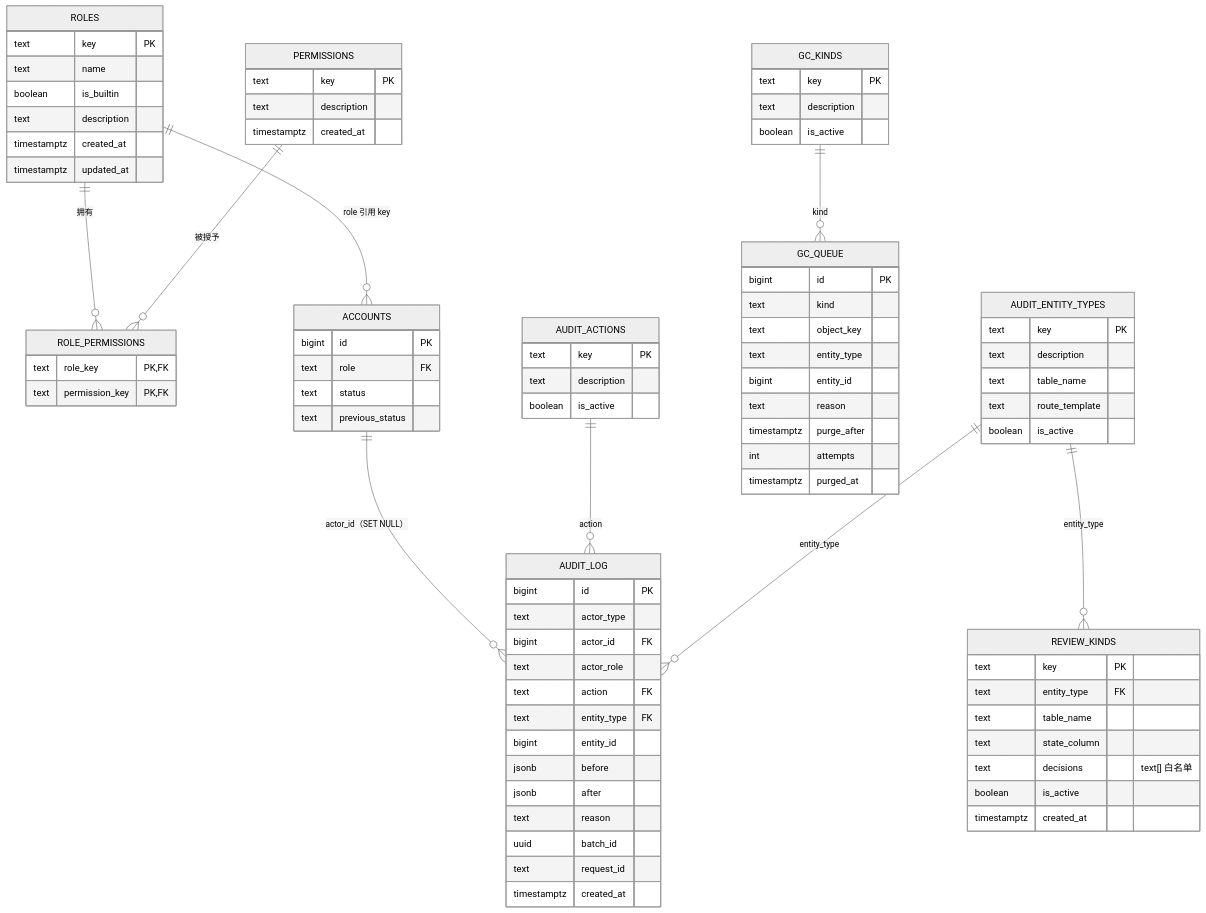
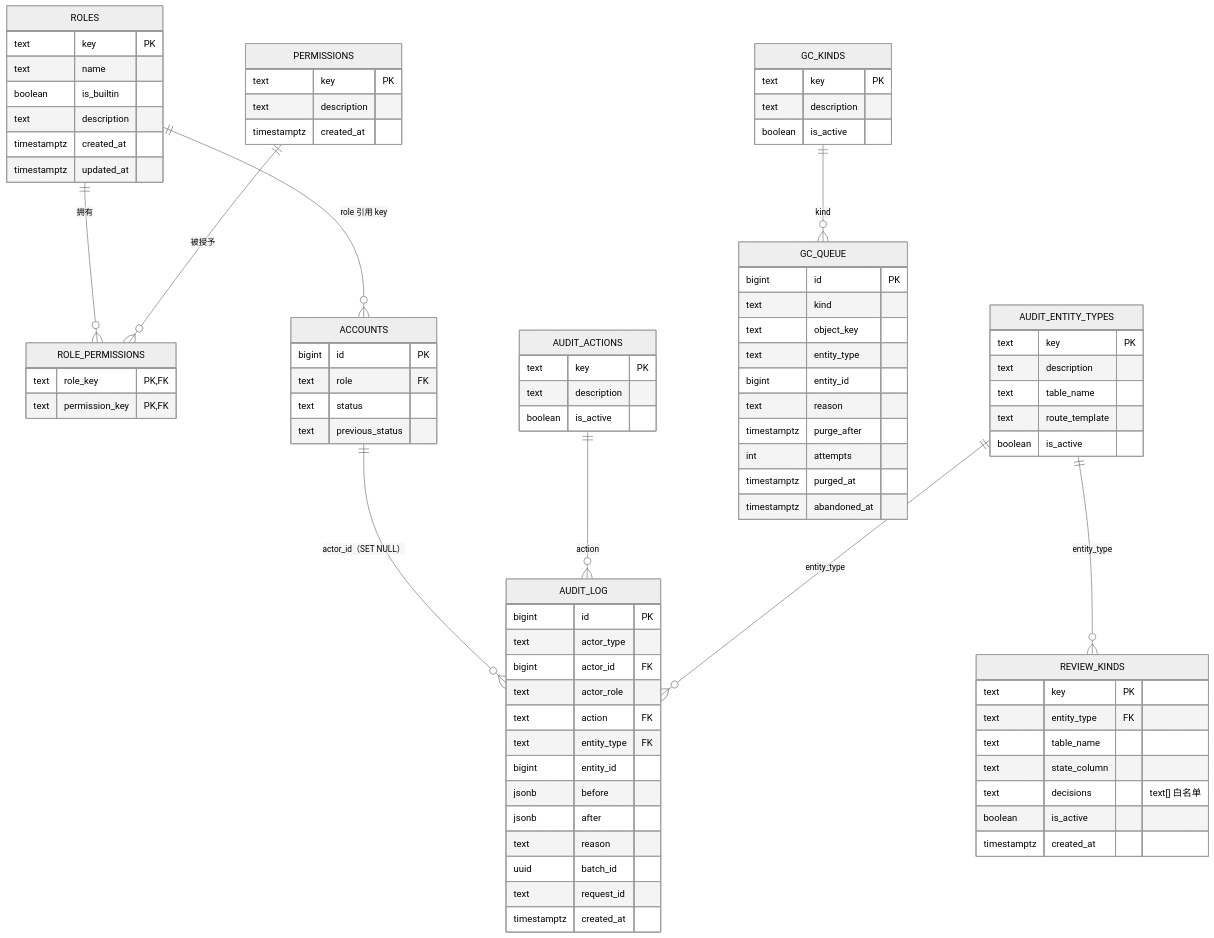
Before and after one commit to deepdemos/ds-demos-showcase: the third of 7 diagrams in docs/治理域设计.md, drawn with Mermaid (neutral theme). The commit also changed other lines of this file and 8 other files, not shown here.

```diff
--- a/docs/治理域设计.md
+++ b/docs/治理域设计.md
@@ -645,6 +671,7 @@
         timestamptz purge_after
         int attempts
         timestamptz purged_at
+        timestamptz abandoned_at
     }
     REVIEW_KINDS {
         text key PK
```
